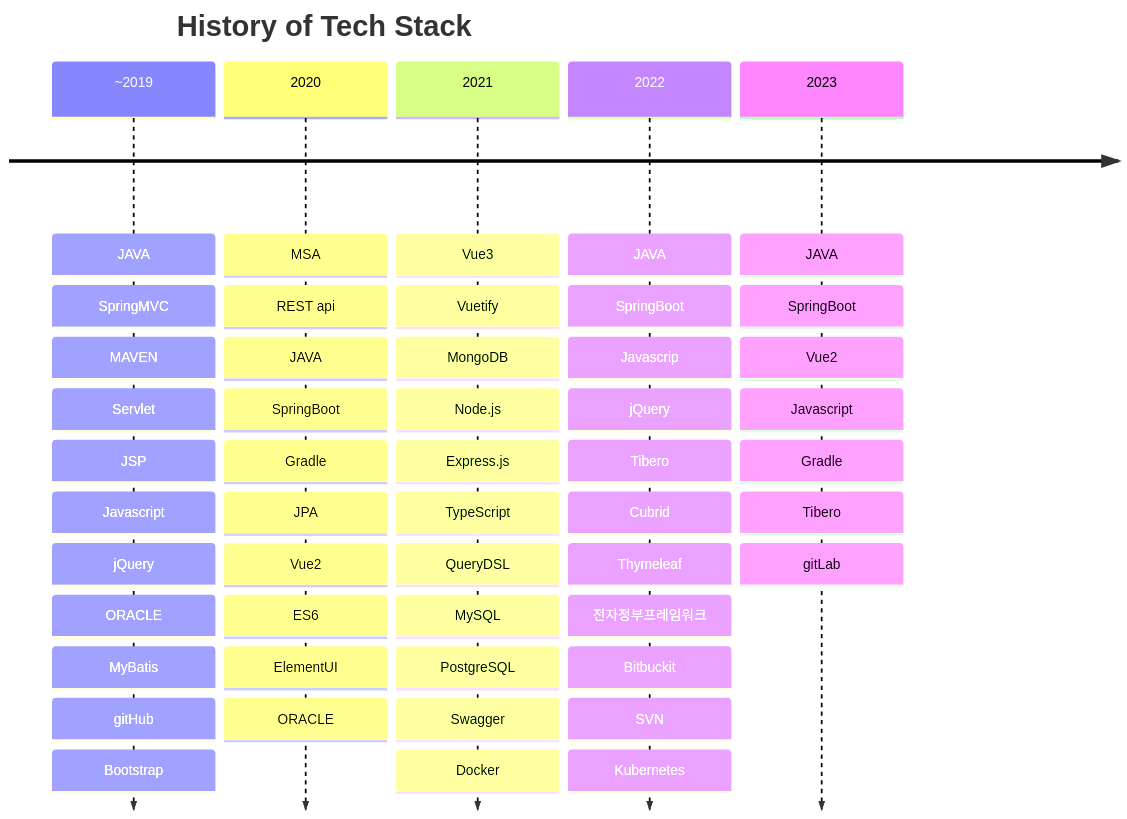
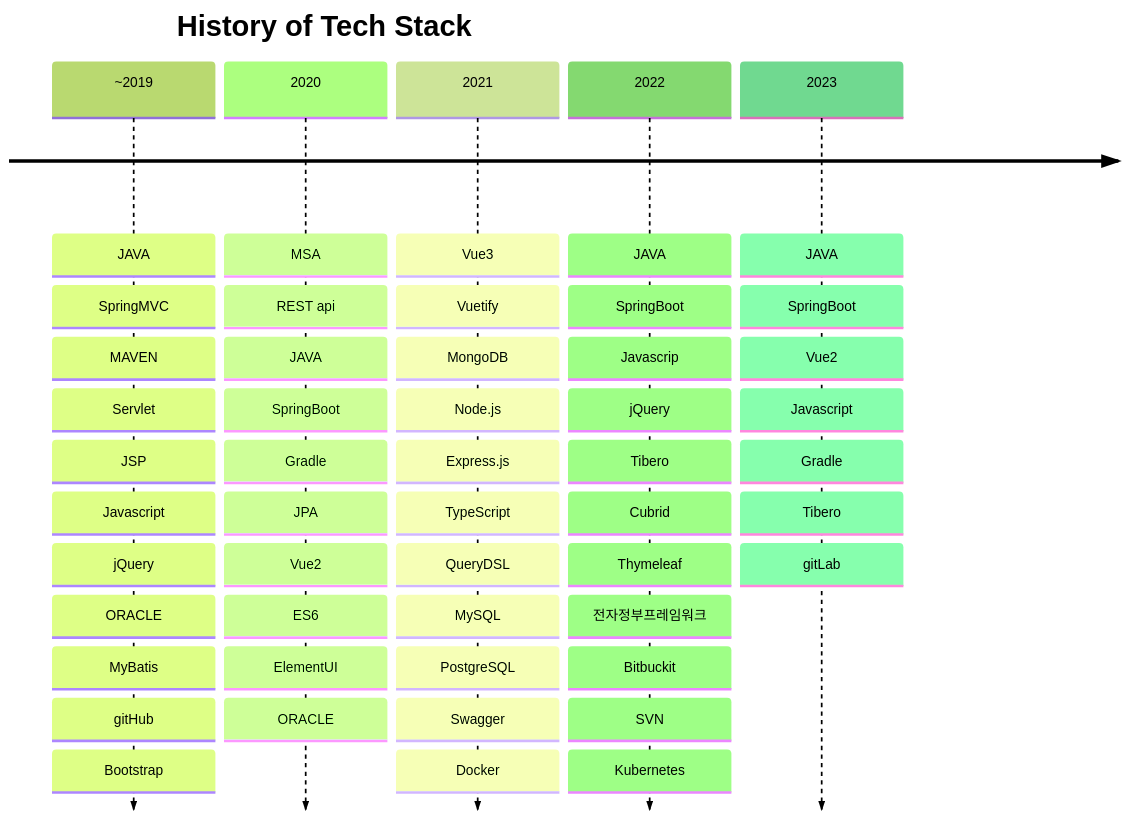
One commit to ABarthDew/ABarthDew changed the diagram in README.md. Above: the diagram before and after it, drawn with Mermaid.

````diff
--- a/README.md
+++ b/README.md
@@ -6,9 +6,10 @@
 ```mermaid
+%%{init: { 'logLevel': 'debug', 'theme': 'forest' } }%%
 timeline
     title History of Tech Stack
     ~2019 : JAVA : SpringMVC : MAVEN : Servlet : JSP : Javascript : jQuery : ORACLE : MyBatis : gitHub : Bootstrap
     2020 : MSA : REST api : JAVA : SpringBoot : Gradle : JPA : Vue2 : ES6 : ElementUI : ORACLE
     2021 : Vue3 : Vuetify : MongoDB : Node.js : Express.js : TypeScript : QueryDSL : MySQL : PostgreSQL : Swagger : Docker
     2022 : JAVA : SpringBoot : Javascrip : jQuery : Tibero : Cubrid : Thymeleaf : 전자정부프레임워크 : Bitbuckit : SVN : Kubernetes
     2023 : JAVA : SpringBoot : Vue2 : Javascript : Gradle : Tibero : gitLab
 ```
````
